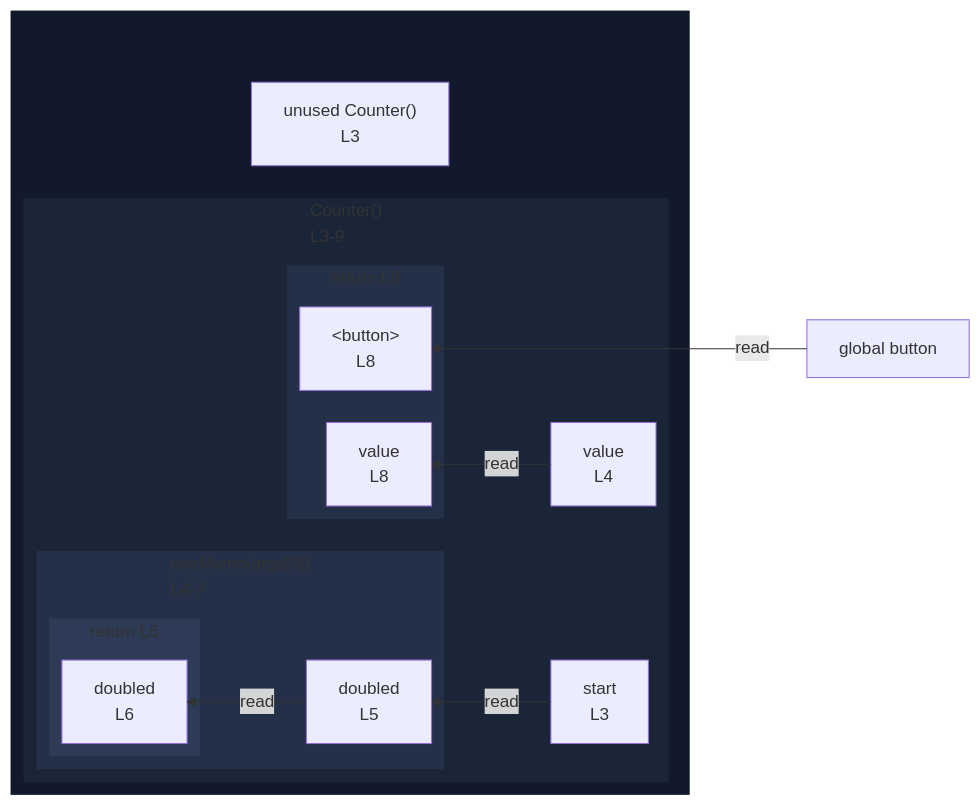
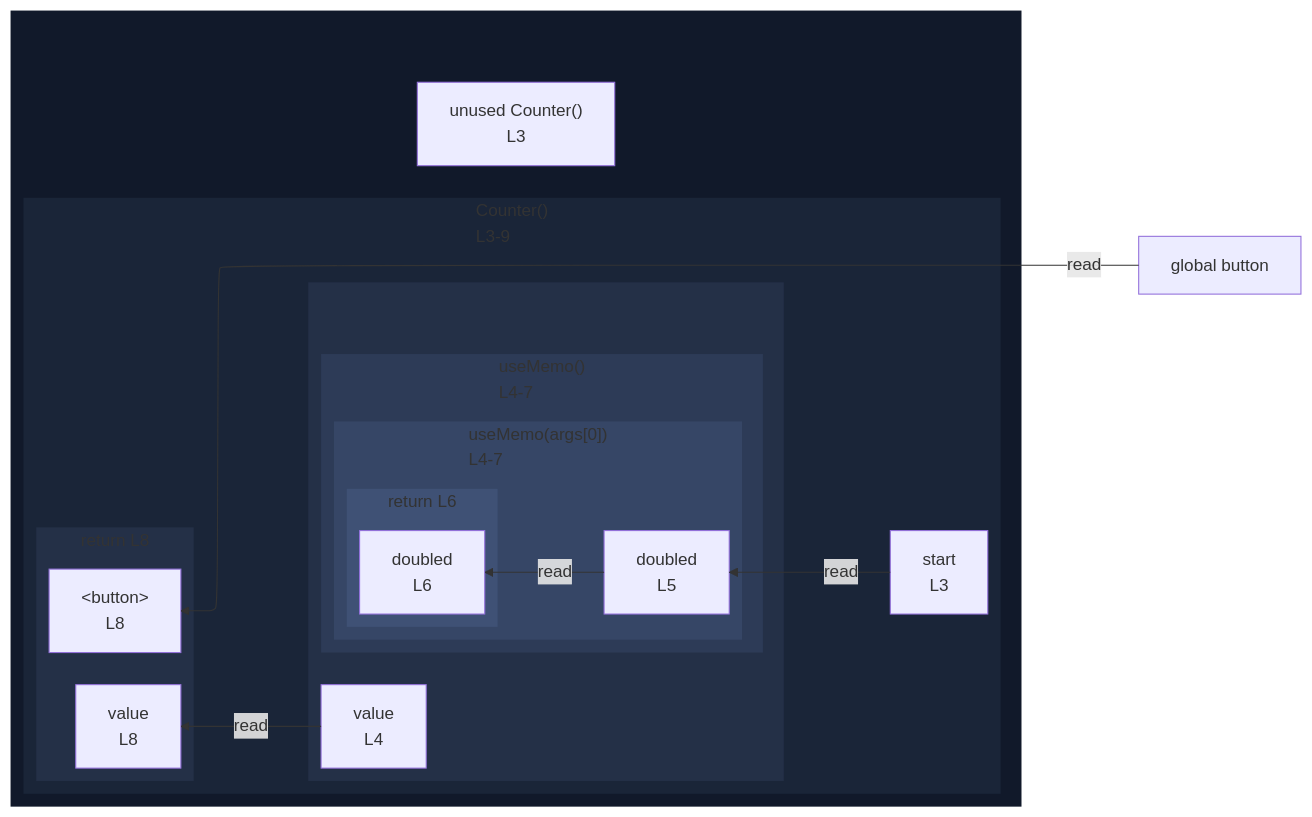
The diagram in integration/fixtures/app-behavior/plugin/react/use-memo/plugin-react/preview.md (crescware/unsnarl), drawn with Mermaid before and after one commit. The commit also changed 49 other files, not shown here.

````diff
--- a/integration/fixtures/app-behavior/plugin/react/use-memo/plugin-react/preview.md
+++ b/integration/fixtures/app-behavior/plugin/react/use-memo/plugin-react/preview.md
@@ -19,40 +19,50 @@
 ```mermaid
 %%{init: {"flowchart": {"defaultRenderer": "elk"}}}%%
 flowchart RL
   n_scope_0_button_194["global button"]
   subgraph wrap_s_scope_1[" "]
     direction TB
     n_scope_0_Counter_40["unused Counter()<br/>L3"]
     subgraph s_scope_1["Counter()<br/>L3-9"]
       direction RL
       n_scope_1_start_53["start<br/>L3"]
-      n_scope_1_value_94["value<br/>L4"]
-      subgraph s_scope_2["useMemo(args[0])<br/>L4-7"]
-        direction RL
-        n_scope_2_doubled_128["doubled<br/>L5"]
-        subgraph s_return_scope_0_Counter_40_153_168["return L6"]
+      subgraph wrap_call_proxy_102[" "]
+        direction TB
+        n_scope_1_value_94["value<br/>L4"]
+        subgraph call_proxy_102["useMemo()<br/>L4-7"]
           direction RL
-          ret_use_ref_5["doubled<br/>L6"]
+          subgraph s_scope_2["useMemo(args[0])<br/>L4-7"]
+            direction RL
+            n_scope_2_doubled_128["doubled<br/>L5"]
+            subgraph s_return_scope_0_Counter_40_153_168["return L6"]
+              direction RL
+              ret_use_ref_5["doubled<br/>L6"]
+            end
+          end
         end
       end
       subgraph s_return_scope_0_Counter_40_186_218["return L8"]
         direction RL
         ret_use_ref_7["&lt;button&gt;<br/>L8"]
         ret_use_ref_8["value<br/>L8"]
       end
     end
   end
   n_scope_1_start_53 -->|read| n_scope_2_doubled_128
   n_scope_2_doubled_128 -->|read| ret_use_ref_5
   n_scope_0_button_194 -->|read| ret_use_ref_7
   n_scope_1_value_94 -->|read| ret_use_ref_8
   classDef nestL1 fill:#11192a,stroke:transparent;
   class wrap_s_scope_1 nestL1;
   classDef nestL2 fill:#1a2538,stroke:transparent;
   class s_scope_1 nestL2;
   classDef nestL3 fill:#243047,stroke:transparent;
-  class s_scope_2 nestL3;
+  class wrap_call_proxy_102 nestL3;
   class s_return_scope_0_Counter_40_186_218 nestL3;
   classDef nestL4 fill:#2d3b57,stroke:transparent;
-  class s_return_scope_0_Counter_40_153_168 nestL4;
+  class call_proxy_102 nestL4;
+  classDef nestL5 fill:#364666,stroke:transparent;
+  class s_scope_2 nestL5;
+  classDef nestL6 fill:#3f5175,stroke:transparent;
+  class s_return_scope_0_Counter_40_153_168 nestL6;
 ```
````
